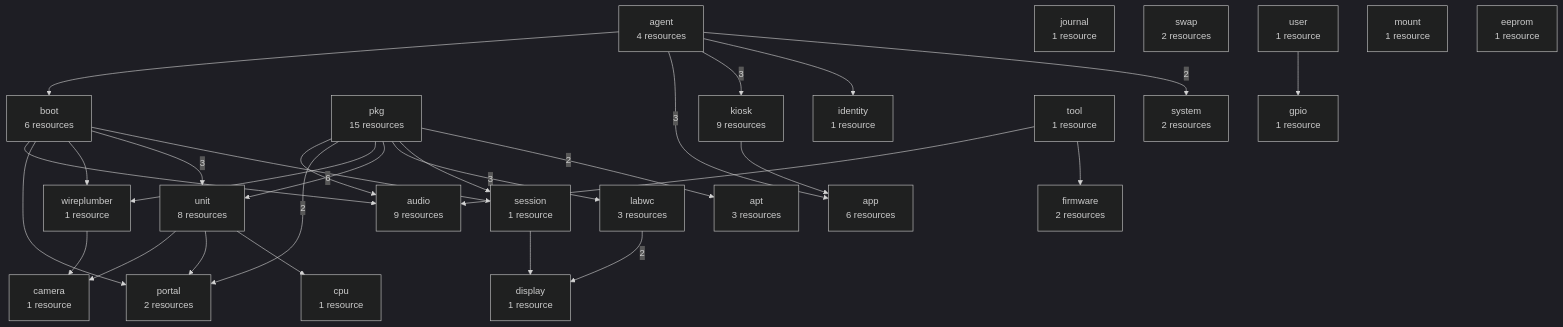
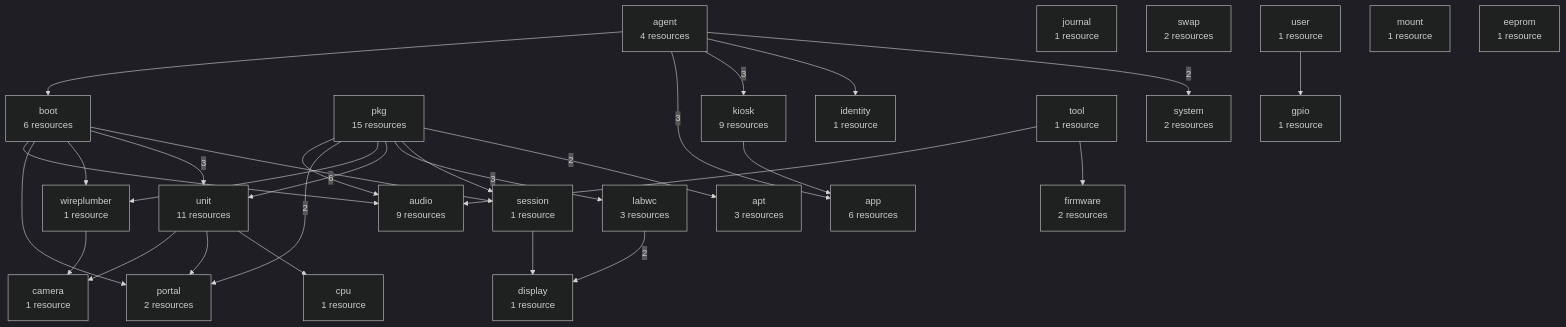
Before and after one commit to SixFive7/FrameLink: the first of 21 diagrams in reference/reconcile-dag.md, drawn with Mermaid (dark theme). The commit also changed other lines of this file and 12 other files, not shown here.

````diff
--- a/reference/reconcile-dag.md
+++ b/reference/reconcile-dag.md
@@ -68,55 +68,55 @@
 ```mermaid
 flowchart TD
   a_agent["agent<br/>4 resources"]
   a_boot["boot<br/>6 resources"]
   a_journal["journal<br/>1 resource"]
+  a_unit["unit<br/>11 resources"]
   a_pkg["pkg<br/>15 resources"]
   a_system["system<br/>2 resources"]
   a_swap["swap<br/>2 resources"]
   a_user["user<br/>1 resource"]
   a_mount["mount<br/>1 resource"]
   a_apt["apt<br/>3 resources"]
   a_identity["identity<br/>1 resource"]
   a_audio["audio<br/>9 resources"]
-  a_unit["unit<br/>8 resources"]
   a_cpu["cpu<br/>1 resource"]
   a_session["session<br/>1 resource"]
   a_labwc["labwc<br/>3 resources"]
   a_display["display<br/>1 resource"]
   a_app["app<br/>6 resources"]
   a_wireplumber["wireplumber<br/>1 resource"]
   a_portal["portal<br/>2 resources"]
   a_camera["camera<br/>1 resource"]
   a_kiosk["kiosk<br/>9 resources"]
   a_tool["tool<br/>1 resource"]
   a_firmware["firmware<br/>2 resources"]
   a_gpio["gpio<br/>1 resource"]
   a_eeprom["eeprom<br/>1 resource"]
   a_agent -->|2| a_system
   a_pkg -->|2| a_apt
   a_agent --> a_identity
   a_unit --> a_cpu
   a_pkg --> a_session
   a_boot --> a_session
   a_pkg -->|3| a_labwc
   a_labwc -->|2| a_display
   a_session --> a_display
   a_pkg -->|6| a_unit
   a_boot -->|3| a_unit
   a_pkg --> a_wireplumber
   a_boot --> a_wireplumber
   a_pkg -->|2| a_portal
   a_boot --> a_portal
   a_unit --> a_portal
   a_unit --> a_camera
   a_wireplumber --> a_camera
   a_agent -->|3| a_kiosk
   a_agent -->|3| a_app
   a_kiosk --> a_app
   a_tool --> a_firmware
   a_tool --> a_audio
   a_pkg --> a_audio
   a_boot --> a_audio
   a_user --> a_gpio
   a_agent --> a_boot
 ```
````
